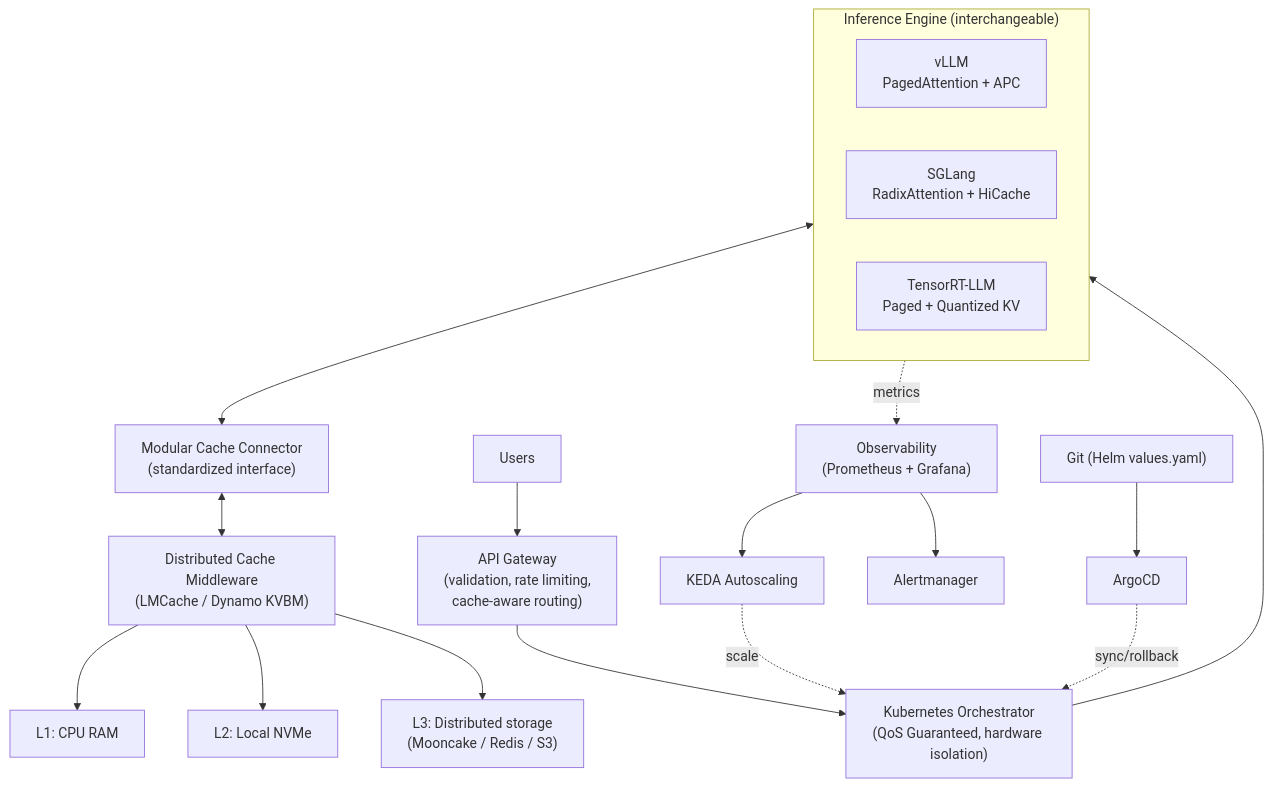
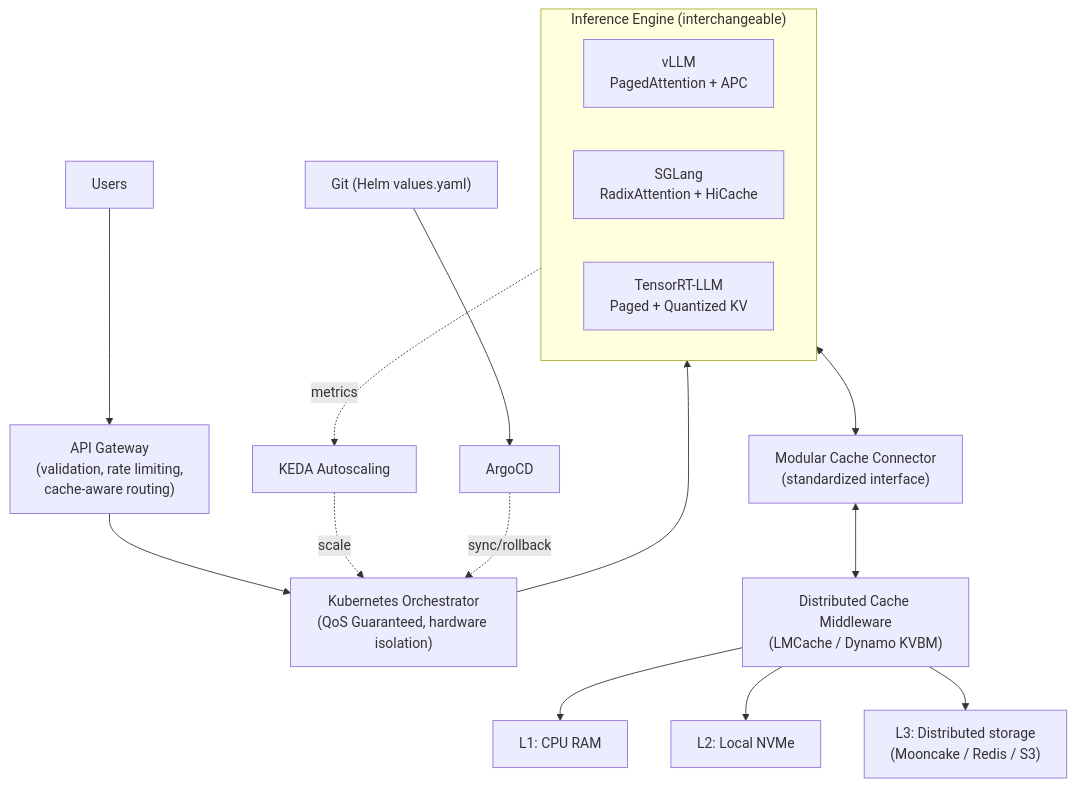
One commit to ADORSYS-GIS/Custom-Ai-Ops changed the eighth of 9 diagrams in docs/explain/vllm-kv-cache.md. Above: the diagram before and after it, drawn with Mermaid. The commit also changed other lines of this file and 111 other files, not shown here.

````diff
--- a/docs/explain/vllm-kv-cache.md
+++ b/docs/explain/vllm-kv-cache.md
@@ -522,31 +520,29 @@
 ```mermaid
 flowchart TB
     U["Users"] --> GW["API Gateway\n(validation, rate limiting,\ncache-aware routing)"]
 
     GW --> ORCH["Kubernetes Orchestrator\n(QoS Guaranteed, hardware isolation)"]
 
     ORCH --> ENGINE
 
     subgraph ENGINE["Inference Engine (interchangeable)"]
         direction LR
         E1["vLLM\nPagedAttention + APC"]
         E2["SGLang\nRadixAttention + HiCache"]
         E3["TensorRT-LLM\nPaged + Quantized KV"]
     end
 
     ENGINE <--> CONNECTOR["Modular Cache Connector\n(standardized interface)"]
 
     CONNECTOR <--> MW["Distributed Cache Middleware\n(LMCache / Dynamo KVBM)"]
 
     MW --> TIER1["L1: CPU RAM"]
     MW --> TIER2["L2: Local NVMe"]
     MW --> TIER3["L3: Distributed storage\n(Mooncake / Redis / S3)"]
 
-    ENGINE -.metrics.-> OBS["Observability\n(Prometheus + Grafana)"]
-    OBS --> AS["KEDA Autoscaling"]
-    OBS --> AM["Alertmanager"]
+    ENGINE -.metrics.-> AS["KEDA Autoscaling"]
     AS -.scale.-> ORCH
 
     GIT["Git (Helm values.yaml)"] --> ARGO["ArgoCD"]
     ARGO -.sync/rollback.-> ORCH
 ```
````
